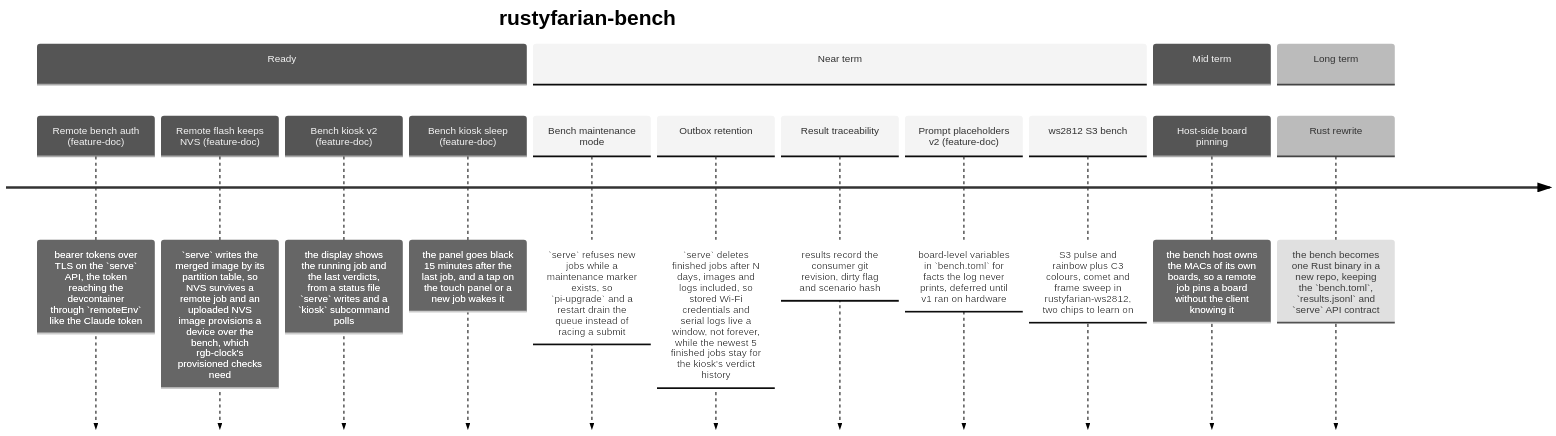
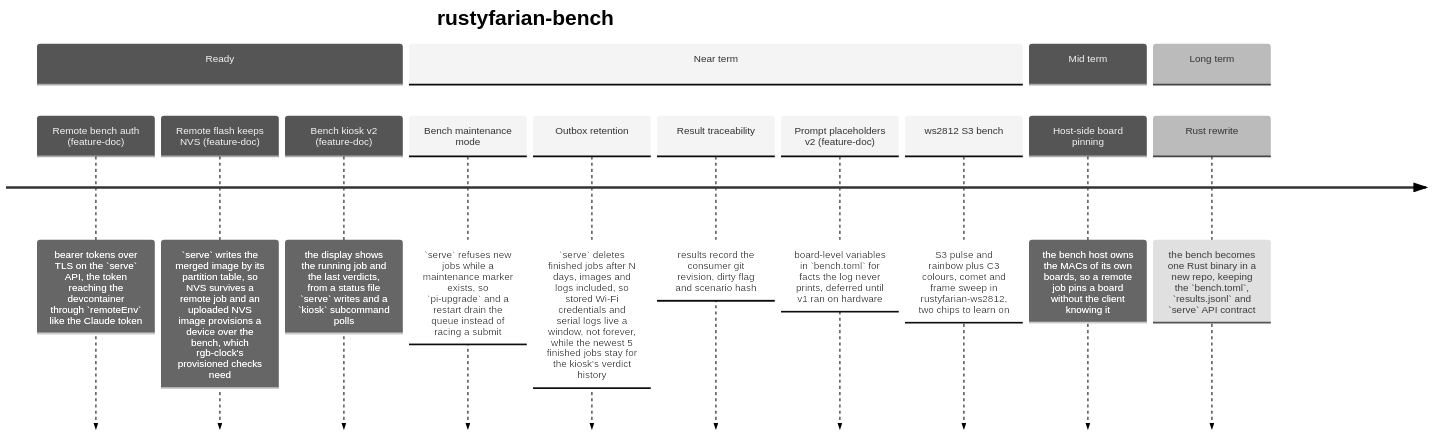
Before and after one commit to datenkollektiv/rustyfarian-bench: the diagram in docs/ROADMAP.md, drawn with Mermaid (neutral theme). The commit also changed 2 other files, not shown here.

Commit message:
Roadmap Hygiene 2026-11-21

````diff
--- a/docs/ROADMAP.md
+++ b/docs/ROADMAP.md
@@ -8,19 +8,18 @@
 ```mermaid
 timeline
     title rustyfarian-bench
     section Ready
         Remote bench auth (feature-doc) : bearer tokens over TLS on the `serve` API, the token reaching the devcontainer through `remoteEnv` like the Claude token
         Remote flash keeps NVS (feature-doc) : `serve` writes the merged image by its partition table, so NVS survives a remote job and an uploaded NVS image provisions a device over the bench, which rgb-clock's provisioned checks need
         Bench kiosk v2 (feature-doc) : the display shows the running job and the last verdicts, from a status file `serve` writes and a `kiosk` subcommand polls
-        Bench kiosk sleep (feature-doc) : the panel goes black 15 minutes after the last job, and a tap on the touch panel or a new job wakes it
     section Near term
         Bench maintenance mode : `serve` refuses new jobs while a maintenance marker exists, so `pi-upgrade` and a restart drain the queue instead of racing a submit
         Outbox retention : `serve` deletes finished jobs after N days, images and logs included, so stored Wi-Fi credentials and serial logs live a window, not forever, while the newest 5 finished jobs stay for the kiosk's verdict history
         Result traceability : results record the consumer git revision, dirty flag and scenario hash
         Prompt placeholders v2 (feature-doc) : board-level variables in `bench.toml` for facts the log never prints, deferred until v1 ran on hardware
         ws2812 S3 bench : S3 pulse and rainbow plus C3 colours, comet and frame sweep in rustyfarian-ws2812, two chips to learn on
     section Mid term
         Host-side board pinning : the bench host owns the MACs of its own boards, so a remote job pins a board without the client knowing it
     section Long term
         Rust rewrite : the bench becomes one Rust binary in a new repo, keeping the `bench.toml`, `results.jsonl` and `serve` API contract
 ```
````
